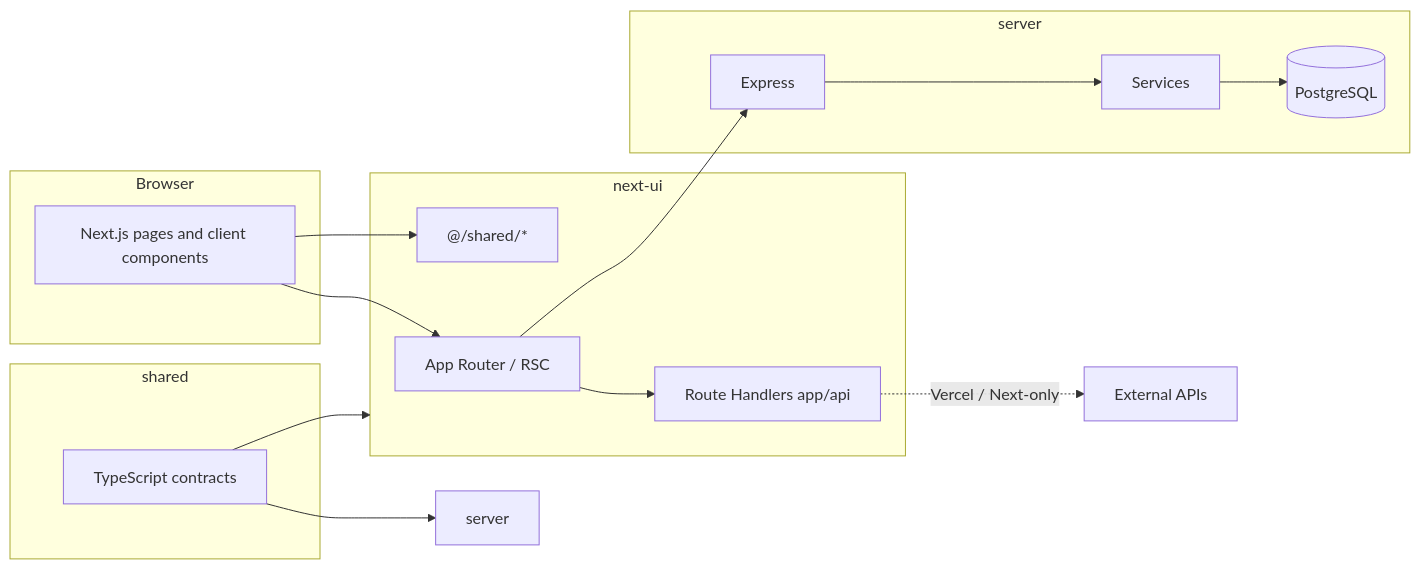
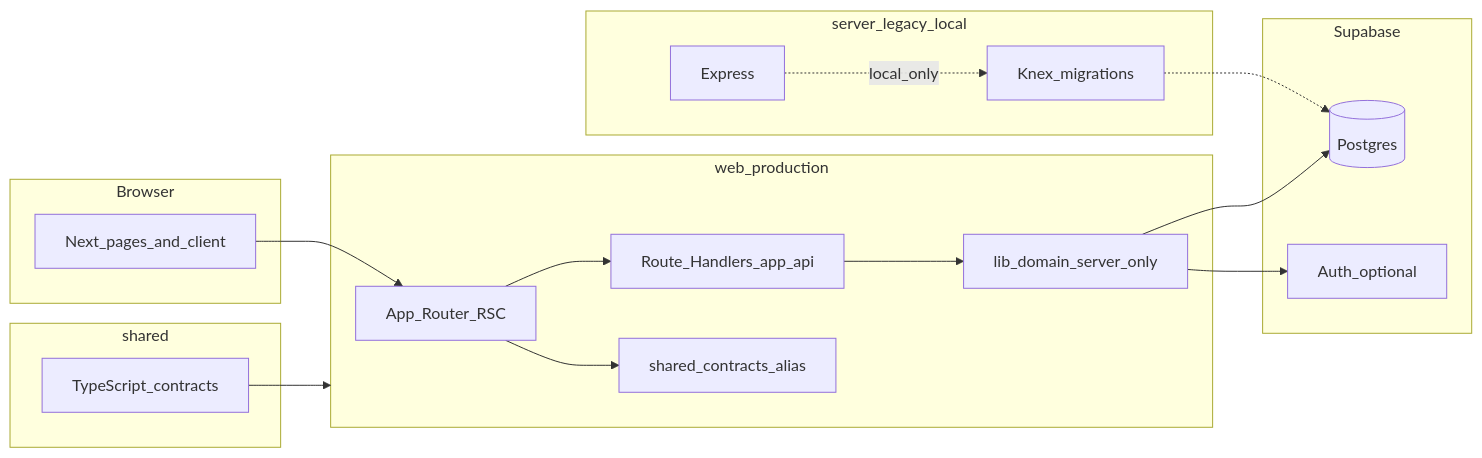
One commit to anguspersonal/angushallyapp changed the diagram in docs/architecture.md. Above: the diagram before and after it, drawn with Mermaid. The commit also changed other lines of this file and 279 other files, not shown here.

First line of the commit message:
chore: canonical Next app in web/, remove next-ui duplicate

````diff
--- a/docs/architecture.md
+++ b/docs/architecture.md
@@ -18,28 +20,32 @@
 ```mermaid
 flowchart LR
   subgraph client [Browser]
-    UI[Next.js pages and client components]
+    UI[Next_pages_and_client]
   end
-  subgraph next [next-ui]
-    RSC[App Router / RSC]
-    NRH[Route Handlers app/api]
-    SharedUI["@/shared/*"]
+  subgraph next [web_production]
+    RSC[App_Router_RSC]
+    NRH[Route_Handlers_app_api]
+    LibColoc["lib_domain_server_only"]
+    SharedUI["shared_contracts_alias"]
   end
-  subgraph api [server]
+  subgraph supa [Supabase]
+    PG[(Postgres)]
+    SA[Auth_optional]
+  end
+  subgraph legacy [server_legacy_local]
     EXP[Express]
-    SVC[Services]
-    DB[(PostgreSQL)]
+    Knex[Knex_migrations]
   end
   subgraph contracts [shared]
-    CTR[TypeScript contracts]
+    CTR[TypeScript_contracts]
   end
   UI --> RSC
-  UI --> SharedUI
   RSC --> NRH
-  RSC --> EXP
-  NRH -.->|"Vercel / Next-only"| ext[External APIs]
-  EXP --> SVC
-  SVC --> DB
+  NRH --> LibColoc
+  LibColoc --> PG
+  LibColoc --> SA
+  RSC --> SharedUI
   CTR --> next
-  CTR --> server
+  EXP -.->|"local_only"| Knex
+  Knex -.-> PG
 ```
````
